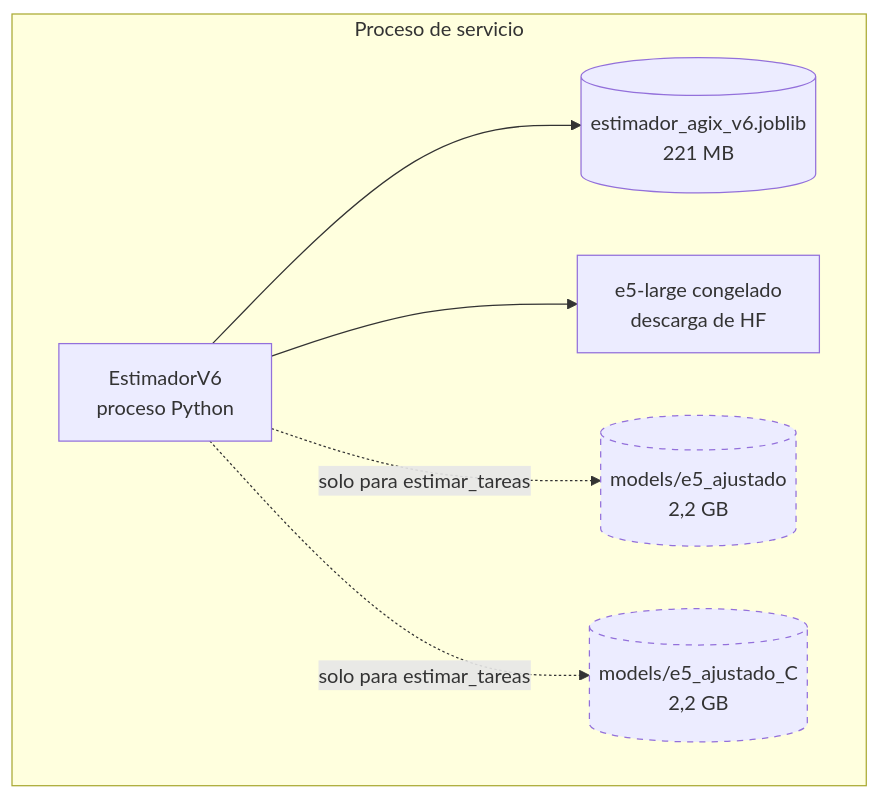
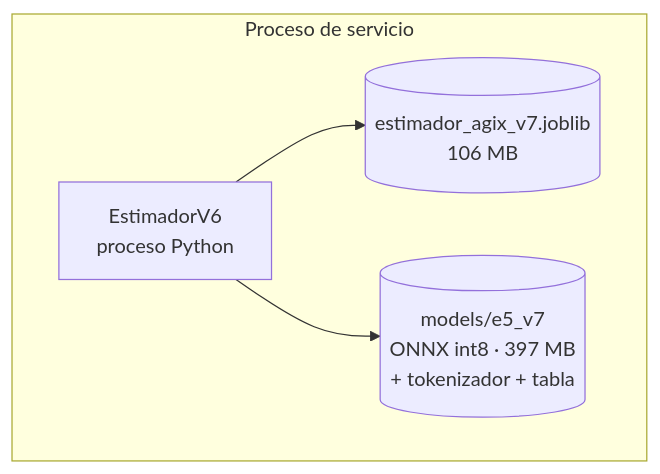
Before and after one commit to DTomasVr/Estimacion-progresiva-backlog: diagram 15 of 15 in estimador/DISENO_PIPELINE.md, drawn with Mermaid. The commit also changed other lines of this file and 4 other files, not shown here.

````diff
--- a/estimador/DISENO_PIPELINE.md
+++ b/estimador/DISENO_PIPELINE.md
@@ -1435,16 +1464,10 @@
 ```mermaid
 flowchart TB
     subgraph SRV["Proceso de servicio"]
         API["EstimadorV6<br/>proceso Python"]
-        PKG[("estimador_agix_v6.joblib<br/>221 MB")]
-        B["e5-large congelado<br/>descarga de HF"]
-        FA[("models/e5_ajustado<br/>2,2 GB")]
-        FC[("models/e5_ajustado_C<br/>2,2 GB")]
+        PKG[("estimador_agix_v7.joblib<br/>106 MB")]
+        B[("models/e5_v7<br/>ONNX int8 · 397 MB<br/>+ tokenizador + tabla")]
         API --> PKG
         API --> B
-        API -.->|solo para estimar_tareas| FA
-        API -.->|solo para estimar_tareas| FC
     end
-    style FA stroke-dasharray: 5 5
-    style FC stroke-dasharray: 5 5
 ```
````
